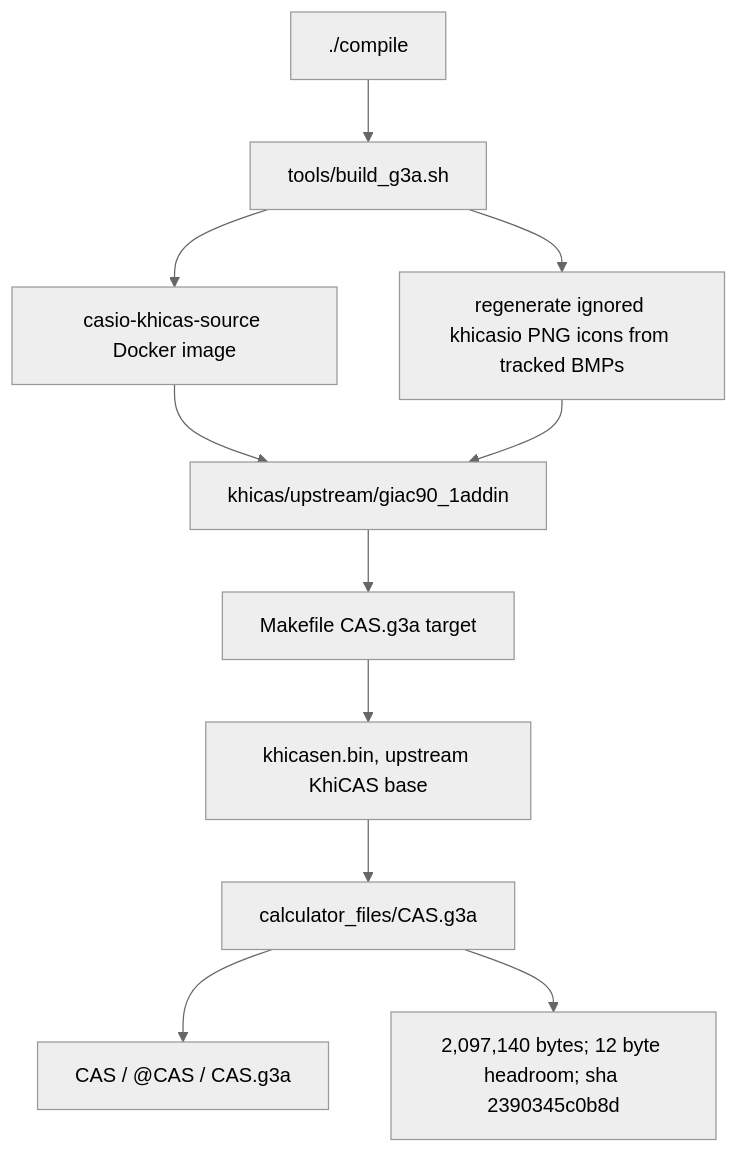
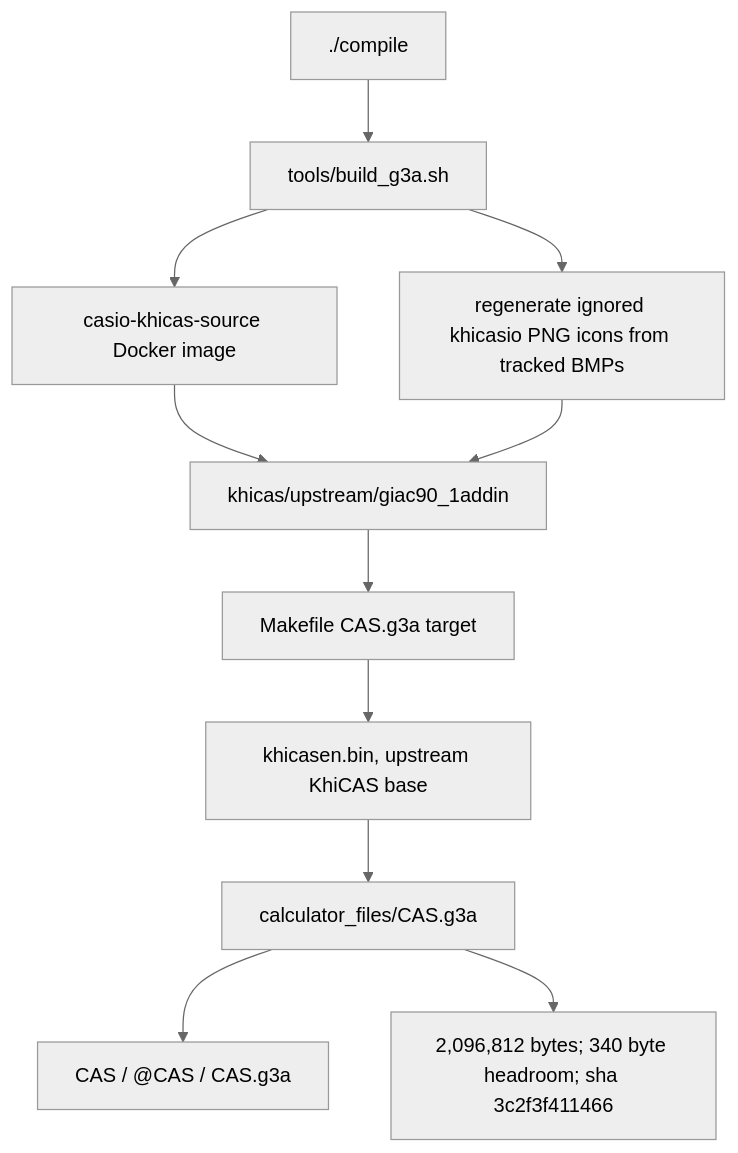
The first of 6 diagrams in docs/GRAPH.md (james8464/notes-addin-casio-fx-cg50), drawn with Mermaid (neutral theme) before and after one commit. The commit also changed other lines of this file and 6 other files, not shown here.

````diff
--- a/docs/GRAPH.md
+++ b/docs/GRAPH.md
@@ -7,13 +7,13 @@
 ```mermaid
 graph TD
   Compile["./compile"] --> Build["tools/build_g3a.sh"]
   Build --> Docker["casio-khicas-source Docker image"]
   Docker --> Src["khicas/upstream/giac90_1addin"]
   Build --> Icons["regenerate ignored khicasio PNG icons from tracked BMPs"]
   Icons --> Src
   Src --> Make["Makefile CAS.g3a target"]
   Make --> Bin["khicasen.bin, upstream KhiCAS base"]
   Bin --> G3A["calculator_files/CAS.g3a"]
   G3A --> Meta["CAS / @CAS / CAS.g3a"]
-  G3A --> Size["2,097,140 bytes; 12 byte headroom; sha 2390345c0b8d"]
+  G3A --> Size["2,096,812 bytes; 340 byte headroom; sha 3c2f3f411466"]
 ```
````
